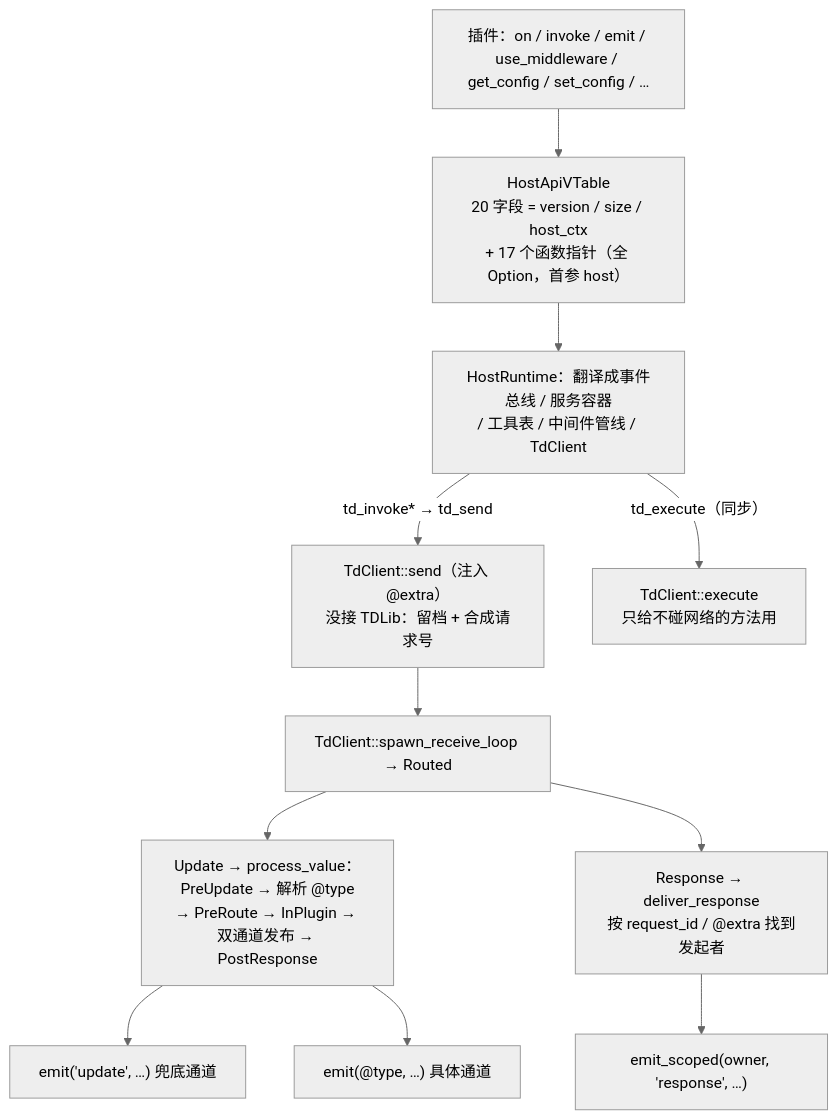
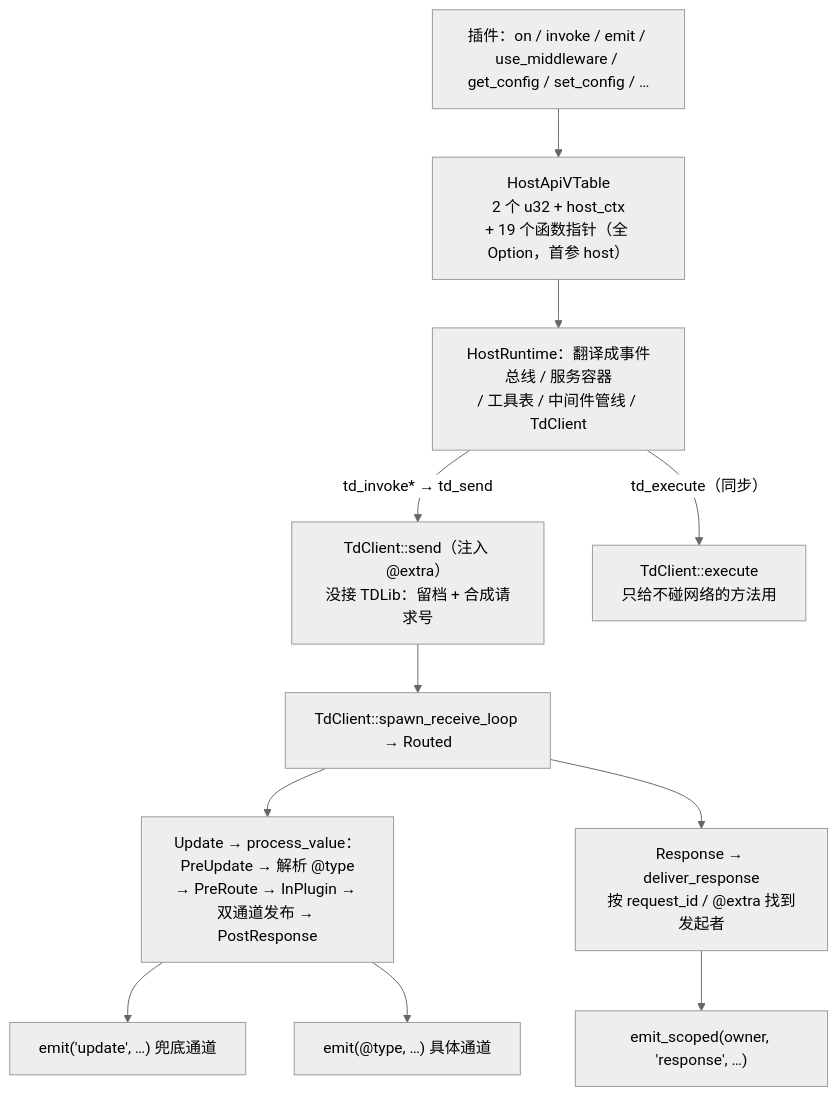
The third of 5 diagrams in content/docs/dev/architecture.mdx (CatMoeCircle/FuyuBot-docs), drawn with Mermaid (neutral theme) before and after one commit. The commit also changed 10 other files, not shown here.

````diff
--- a/content/docs/dev/architecture.mdx
+++ b/content/docs/dev/architecture.mdx
@@ -64,13 +64,13 @@
 ```mermaid
 graph TD
-  P["插件：on / invoke / emit / use_middleware / get_config / set_config / …"] --> V["HostApiVTable<br/>20 字段 = version / size / host_ctx<br/>+ 17 个函数指针（全 Option，首参 host）"]
+  P["插件：on / invoke / emit / use_middleware / get_config / set_config / …"] --> V["HostApiVTable<br/>2 个 u32 + host_ctx<br/>+ 19 个函数指针（全 Option，首参 host）"]
   V --> H["HostRuntime：翻译成事件总线 / 服务容器<br/>/ 工具表 / 中间件管线 / TdClient"]
   H -->|"td_invoke* → td_send"| S["TdClient::send（注入 @extra）<br/>没接 TDLib：留档 + 合成请求号"]
   H -->|"td_execute（同步）"| X["TdClient::execute<br/>只给不碰网络的方法用"]
   S --> L["TdClient::spawn_receive_loop → Routed"]
   L --> U["Update → process_value：PreUpdate → 解析 @type<br/>→ PreRoute → InPlugin → 双通道发布 → PostResponse"]
   U --> C1["emit('update', …) 兜底通道"]
   U --> C2["emit(@type, …) 具体通道"]
   L --> R["Response → deliver_response<br/>按 request_id / @extra 找到发起者"]
   R --> S2["emit_scoped(owner, 'response', …)"]
 ```
````
